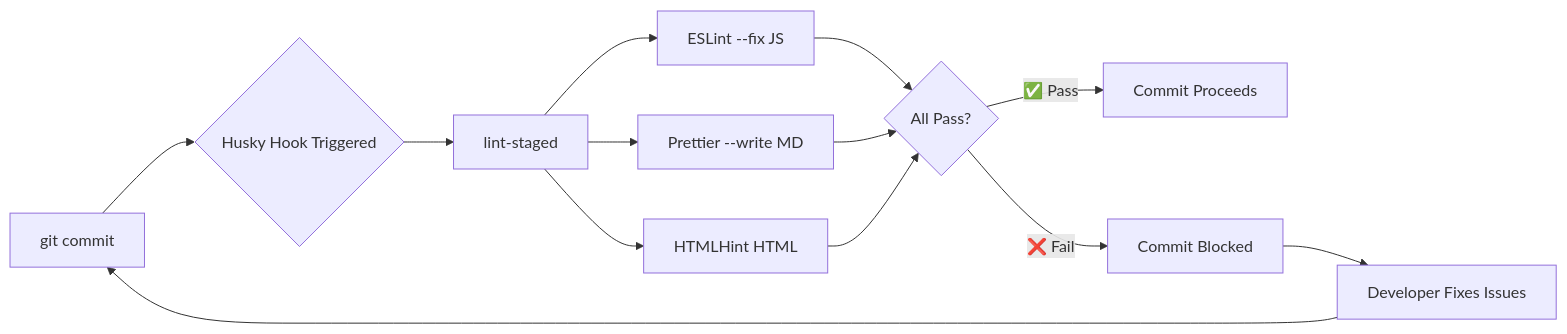
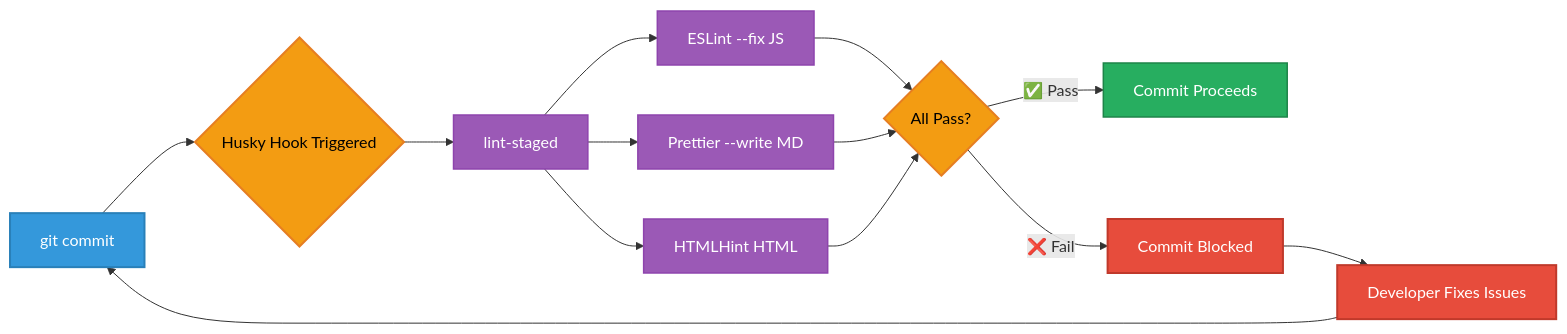
Before and after one commit to Hack23/euparliamentmonitor: diagram 11 of 16 in docs/api/media/WORKFLOWS.md, drawn with Mermaid. The commit also changed other lines of this file and 1053 other files, not shown here.

````diff
--- a/docs/api/media/WORKFLOWS.md
+++ b/docs/api/media/WORKFLOWS.md
@@ -884,15 +1148,27 @@
 ```mermaid
 graph LR
     A[git commit] --> B{Husky Hook Triggered}
     B --> C[lint-staged]
     C --> D[ESLint --fix JS]
     C --> E[Prettier --write MD]
     C --> F[HTMLHint HTML]
     D --> G{All Pass?}
     E --> G
     F --> G
     G -->|✅ Pass| H[Commit Proceeds]
     G -->|❌ Fail| I[Commit Blocked]
     I --> J[Developer Fixes Issues]
     J --> A
+
+    classDef trigger fill:#3498db,stroke:#2980b9,stroke-width:2px,color:white
+    classDef decision fill:#f39c12,stroke:#e67e22,stroke-width:2px,color:black
+    classDef lint fill:#9b59b6,stroke:#8e44ad,stroke-width:1.5px,color:white
+    classDef pass fill:#27ae60,stroke:#1e8449,stroke-width:1.5px,color:white
+    classDef fail fill:#e74c3c,stroke:#c0392b,stroke-width:2px,color:white
+
+    class A trigger
+    class B,G decision
+    class C,D,E,F lint
+    class H pass
+    class I,J fail
 ```
````
